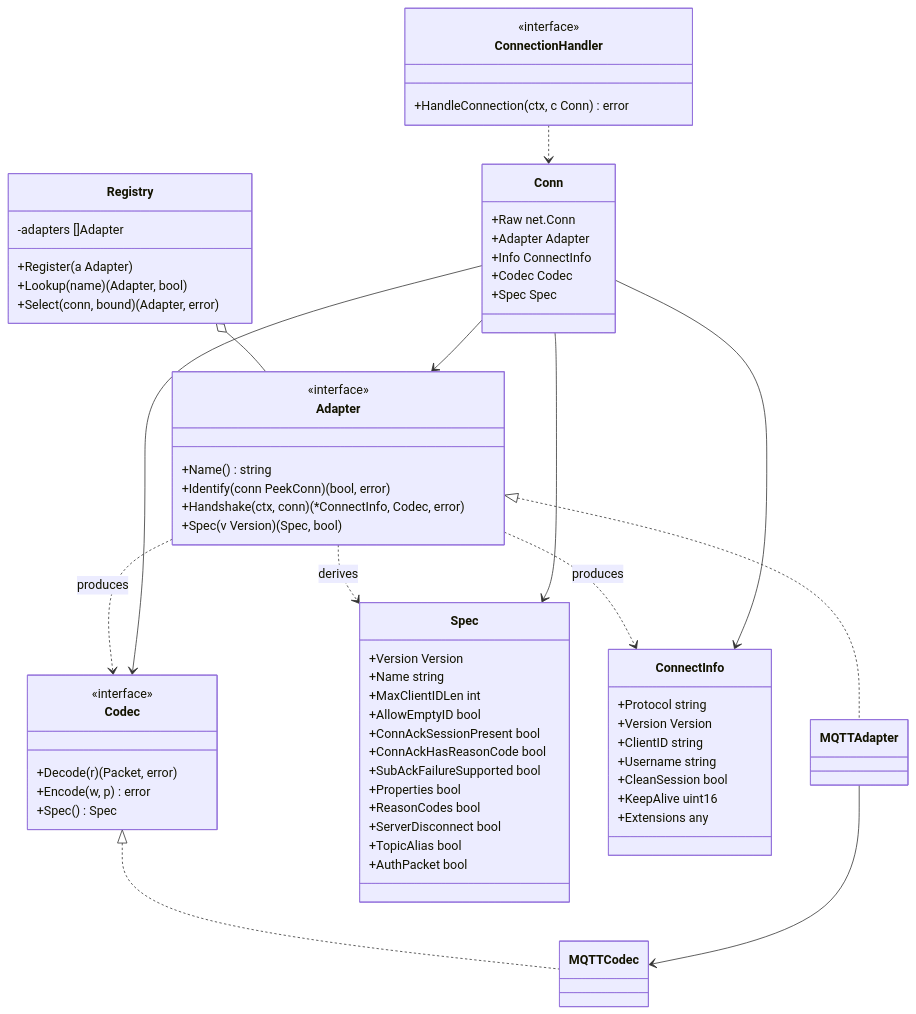
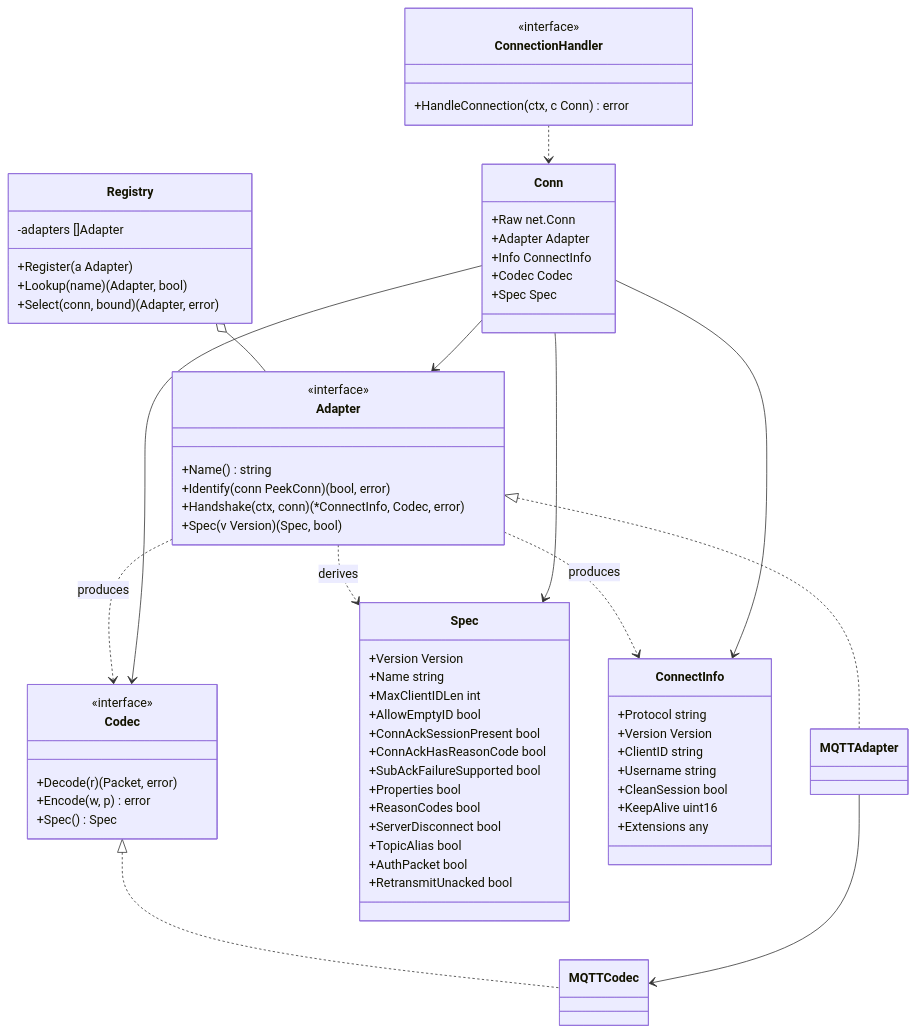
Before and after one commit to X1aSheng/shark-MQTT: the third of 3 diagrams in docs/architecture/PROTOCOL-ADAPTER-DESIGN.md, drawn with Mermaid. The commit also changed other lines of this file and 10 other files, not shown here.

````diff
--- a/docs/architecture/PROTOCOL-ADAPTER-DESIGN.md
+++ b/docs/architecture/PROTOCOL-ADAPTER-DESIGN.md
@@ -634,70 +645,71 @@
 ```mermaid
 classDiagram
     class Adapter {
         <<interface>>
         +Name() string
         +Identify(conn PeekConn) (bool, error)
         +Handshake(ctx, conn) (*ConnectInfo, Codec, error)
         +Spec(v Version) (Spec, bool)
     }
     class Codec {
         <<interface>>
         +Decode(r) (Packet, error)
         +Encode(w, p) error
         +Spec() Spec
     }
     class Spec {
         +Version Version
         +Name string
         +MaxClientIDLen int
         +AllowEmptyID bool
         +ConnAckSessionPresent bool
         +ConnAckHasReasonCode bool
         +SubAckFailureSupported bool
         +Properties bool
         +ReasonCodes bool
         +ServerDisconnect bool
         +TopicAlias bool
         +AuthPacket bool
+        +RetransmitUnacked bool
     }
     class ConnectInfo {
         +Protocol string
         +Version Version
         +ClientID string
         +Username string
         +CleanSession bool
         +KeepAlive uint16
         +Extensions any
     }
     class Registry {
         -adapters []Adapter
         +Register(a Adapter)
         +Lookup(name) (Adapter, bool)
         +Select(conn, bound) (Adapter, error)
     }
     class MQTTAdapter
     class MQTTCodec
     class Conn {
         +Raw net.Conn
         +Adapter Adapter
         +Info ConnectInfo
         +Codec Codec
         +Spec Spec
     }
     class ConnectionHandler {
         <<interface>>
         +HandleConnection(ctx, c Conn) error
     }
     Adapter <|.. MQTTAdapter
     Codec <|.. MQTTCodec
     Adapter ..> Spec : derives
     Adapter ..> ConnectInfo : produces
     Adapter ..> Codec : produces
     Registry o-- Adapter
     MQTTAdapter --> MQTTCodec
     ConnectionHandler ..> Conn
     Conn --> Adapter
     Conn --> Codec
     Conn --> ConnectInfo
     Conn --> Spec
 ```
````
